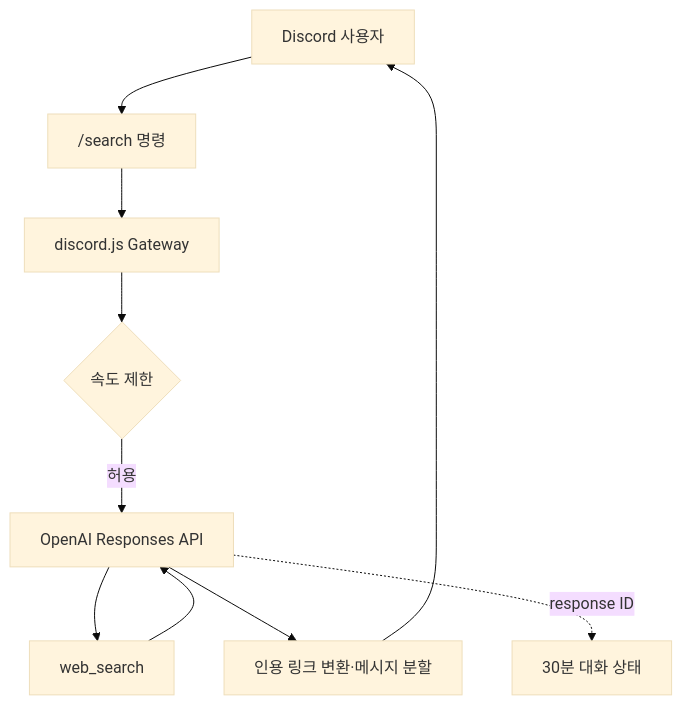
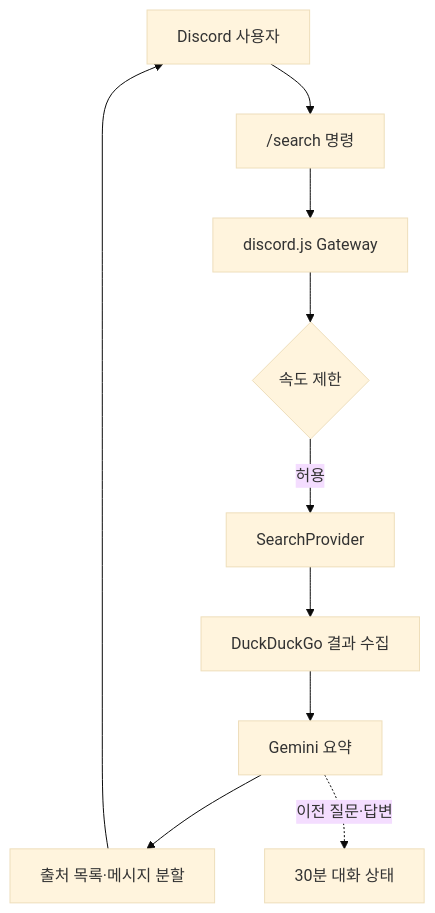
One commit to ymkzz123/discord-bot-boodae changed the diagram in README.md. Above: the diagram before and after it, drawn with Mermaid (base theme). The commit also changed other lines of this file and 27 other files, not shown here.

Commit message:
feat: migrate web search answers to Gemini

````diff
--- a/README.md
+++ b/README.md
@@ -34,12 +35,12 @@
 ```mermaid
 flowchart TD
     U["Discord 사용자"] --> C["/search 명령"]
     C --> G["discord.js Gateway"]
     G --> L{"속도 제한"}
-    L -->|허용| O["OpenAI Responses API"]
-    O --> W["web_search"]
-    W --> O
-    O --> F["인용 링크 변환·메시지 분할"]
+    L -->|허용| P["SearchProvider"]
+    P --> D["DuckDuckGo 결과 수집"]
+    D --> M["Gemini 요약"]
+    M --> F["출처 목록·메시지 분할"]
     F --> U
-    O -. response ID .-> S["30분 대화 상태"]
+    M -. 이전 질문·답변 .-> S["30분 대화 상태"]
 ```
````
